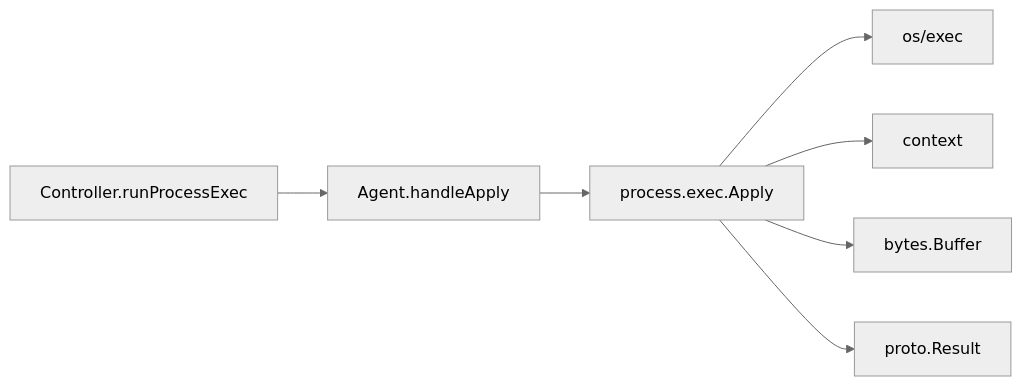
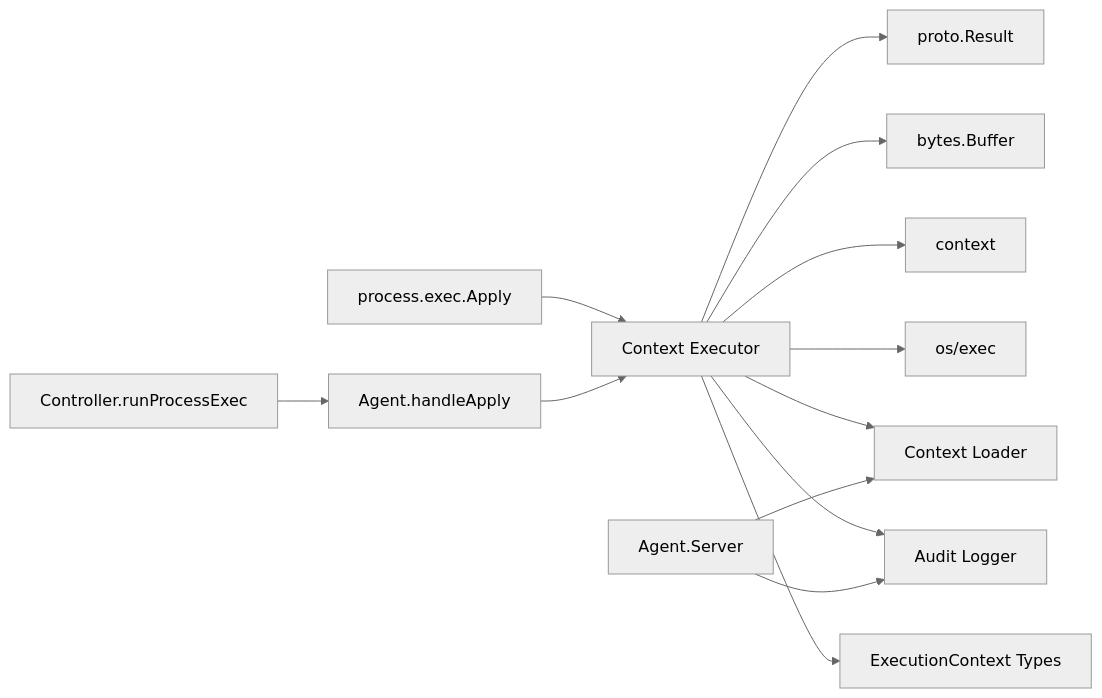
One commit to ahmednour1430464/dotdevops changed the fifth of 5 diagrams in .qoder/repowiki/en/content/Primitive Operations/Process Execution Primitive.md. Above: the diagram before and after it, drawn with Mermaid (neutral theme). The commit also changed other lines of this file and 12 other files, not shown here.

````diff
--- a/.qoder/repowiki/en/content/Primitive Operations/Process Execution Primitive.md
+++ b/.qoder/repowiki/en/content/Primitive Operations/Process Execution Primitive.md
@@ -269,9 +444,15 @@
 ```mermaid
 graph LR
-PROC["process.exec.Apply"] --> OS["os/exec"]
-PROC --> CTX["context"]
-PROC --> BUF["bytes.Buffer"]
-PROC --> PROTO["proto.Result"]
-HANDLER["Agent.handleApply"] --> PROC
+PROC["process.exec.Apply"] --> EXECUTOR["Context Executor"]
+EXECUTOR --> TYPES["ExecutionContext Types"]
+EXECUTOR --> AUDIT["Audit Logger"]
+EXECUTOR --> LOADER["Context Loader"]
+EXECUTOR --> OS["os/exec"]
+EXECUTOR --> CTX["context"]
+EXECUTOR --> BUF["bytes.Buffer"]
+EXECUTOR --> PROTO["proto.Result"]
+HANDLER["Agent.handleApply"] --> EXECUTOR
 ORCH["Controller.runProcessExec"] --> HANDLER
+SERVER["Agent.Server"] --> LOADER
+SERVER --> AUDIT
 ```
````
